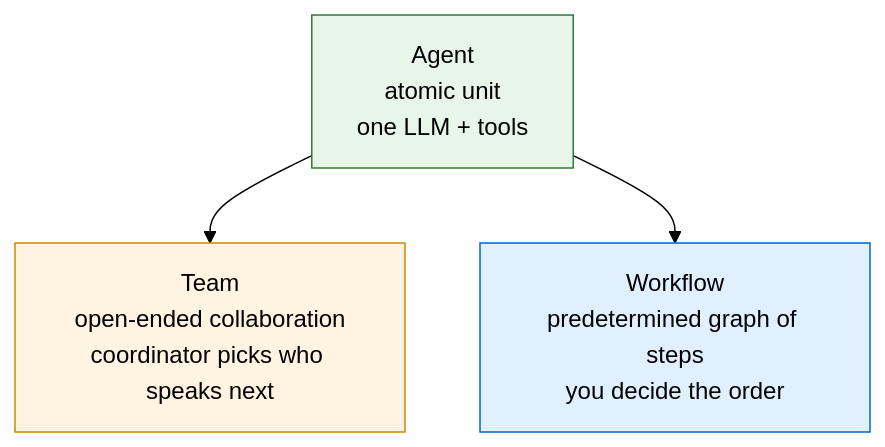
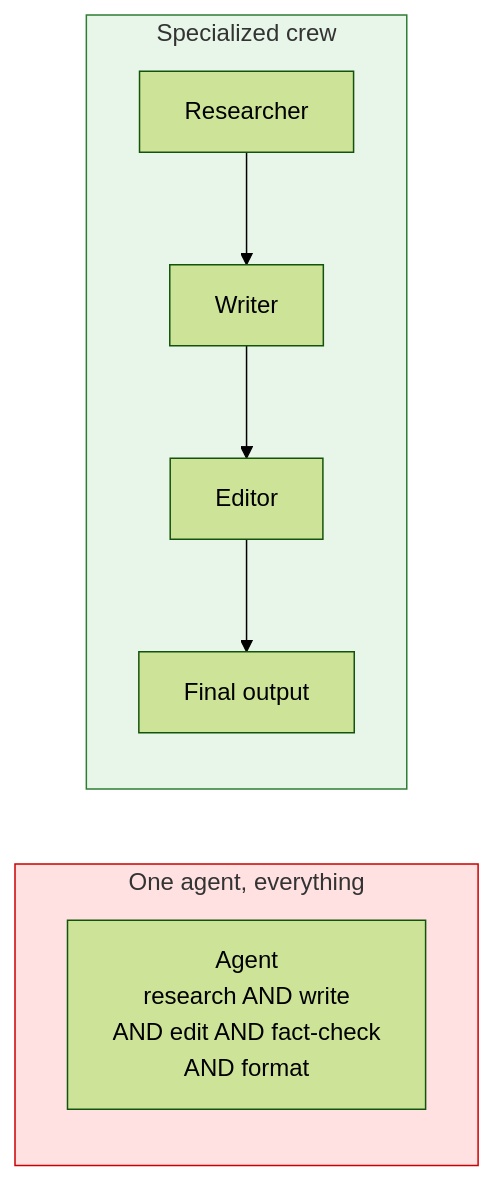
One commit to rkalathy/11-Apr-Agentic-AI changed the first of 7 diagrams in Crew AI.md. Above: the diagram before and after it, drawn with Mermaid (forest theme). The commit also changed other lines of this file, not shown here.

````diff
--- a/Crew AI.md
+++ b/Crew AI.md
@@ -88,10 +58,15 @@
 ```mermaid
-flowchart TB
-    A[Agent<br/>atomic unit<br/>one LLM + tools]
-    A --> T[Team<br/>open-ended collaboration<br/>coordinator picks who speaks next]
-    A --> W[Workflow<br/>predetermined graph of steps<br/>you decide the order]
+flowchart LR
+    subgraph Bad["One agent, everything"]
+        A[Agent\nresearch AND write\nAND edit AND fact-check\nAND format]
+    end
 
-    style A fill:#e8f5e9,stroke:#2e7d32
-    style T fill:#fff4e1,stroke:#cc8800
-    style W fill:#e1f0ff,stroke:#0066cc
+    subgraph Good["Specialized crew"]
+        R[Researcher] --> W[Writer]
+        W --> E[Editor]
+        E --> OUT[Final output]
+    end
+
+    style Bad fill:#ffe1e1,stroke:#cc0000
+    style Good fill:#e8f5e9,stroke:#2e7d32
 ```
````
